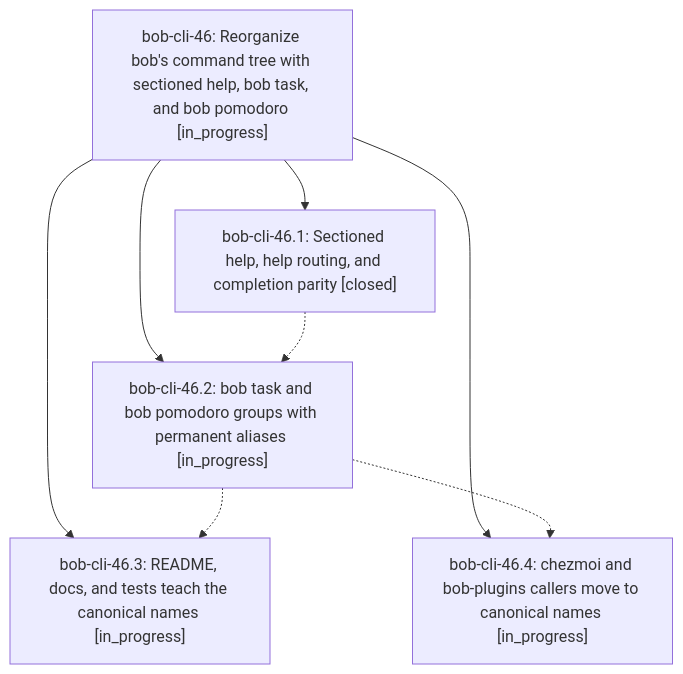
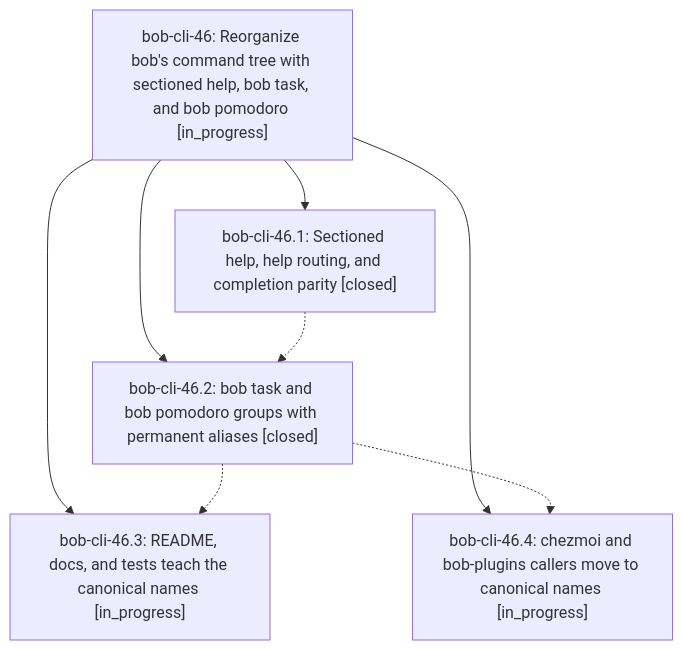
Before and after one commit to bobs-org/bob-cli--beads: the diagram in pages/bob-cli-46/README.md, drawn with Mermaid. The commit also changed other lines of this file and 4 other files, not shown here.

First line of the commit message:
chore(beads): sync bead state and pages for bob-cli-46

````diff
--- a/pages/bob-cli-46/README.md
+++ b/pages/bob-cli-46/README.md
@@ -25,15 +25,15 @@
 ```mermaid
 flowchart TD
     n0["bob-cli-46: Reorganize bob's command tree with sectioned help, bob task, and bob pomodoro [in_progress]"]
     n1["bob-cli-46.1: Sectioned help, help routing, and completion parity [closed]"]
-    n2["bob-cli-46.2: bob task and bob pomodoro groups with permanent aliases [in_progress]"]
+    n2["bob-cli-46.2: bob task and bob pomodoro groups with permanent aliases [closed]"]
     n3["bob-cli-46.3: README, docs, and tests teach the canonical names [in_progress]"]
     n4["bob-cli-46.4: chezmoi and bob-plugins callers move to canonical names [in_progress]"]
     n0 --> n1
     n0 --> n2
     n0 --> n3
     n0 --> n4
     n1 -.-> n2
     n2 -.-> n3
     n2 -.-> n4
 ```
````
